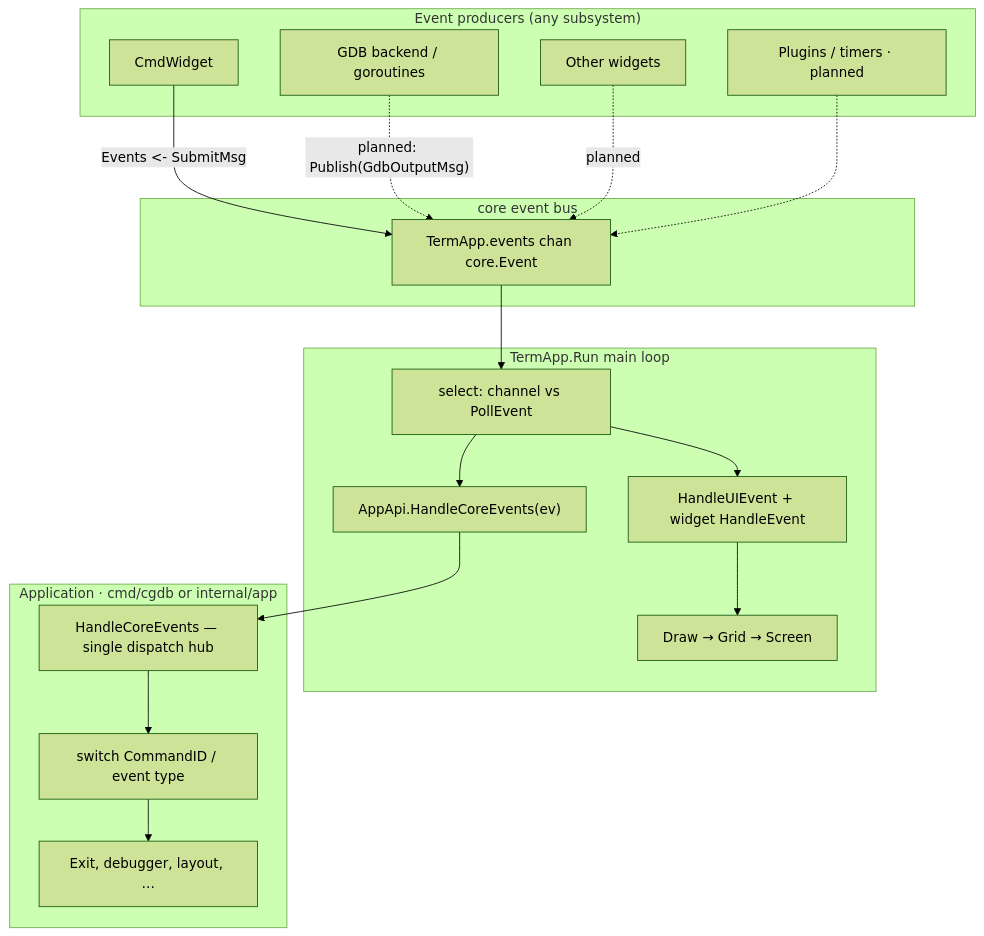
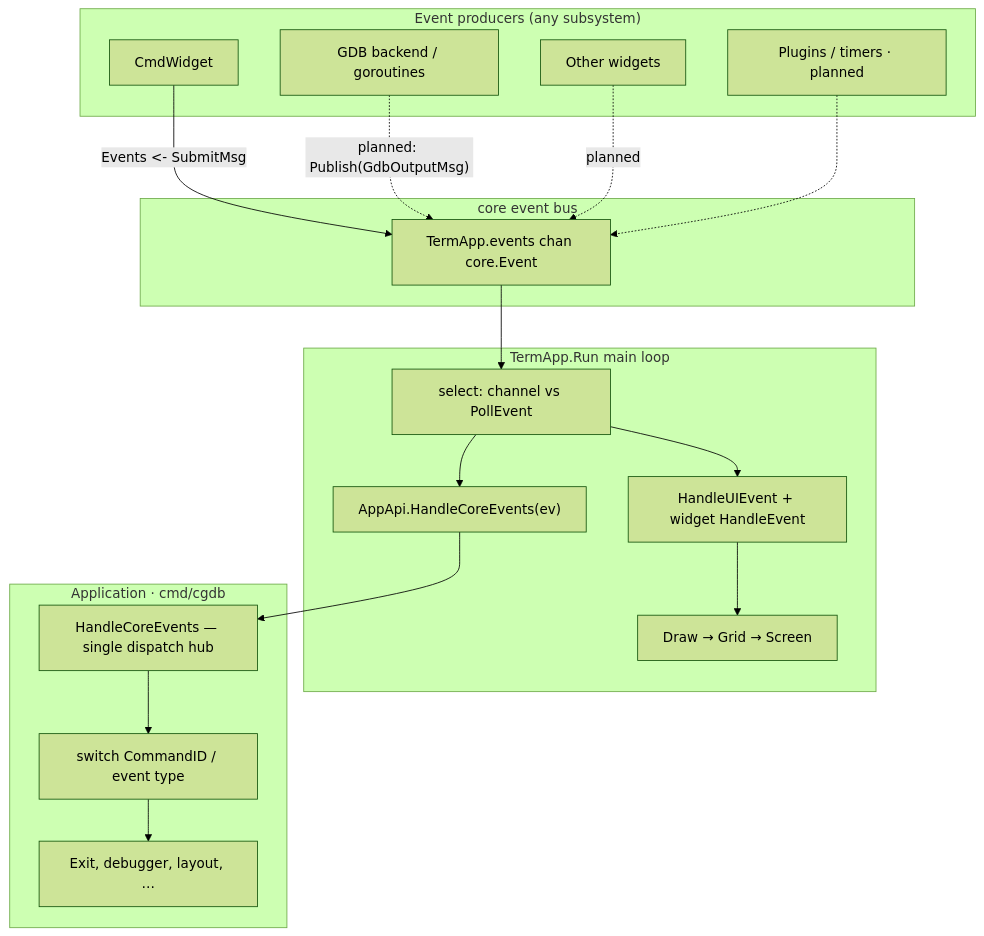
One commit to yairgd/gdbforge changed the diagram in docs/diagrams/event_bus.mermaid. Above: the diagram before and after it, drawn with Mermaid (forest theme). The commit also changed 23 other files, not shown here.

```diff
--- a/docs/diagrams/event_bus.mermaid
+++ b/docs/diagrams/event_bus.mermaid
@@ -1,35 +1,35 @@
 flowchart TB
     subgraph Producers["Event producers (any subsystem)"]
         CmdW["CmdWidget"]
         GDB["GDB backend / goroutines"]
         Widgets["Other widgets"]
         Future["Plugins / timers · planned"]
     end
 
     subgraph Bus["core event bus"]
         Chan["TermApp.events chan core.Event"]
     end
 
     subgraph Loop["TermApp.Run main loop"]
         Select["select: channel vs PollEvent"]
         CoreDispatch["AppApi.HandleCoreEvents(ev)"]
         TcellDispatch["HandleUIEvent + widget HandleEvent"]
         Draw["Draw → Grid → Screen"]
     end
 
-    subgraph App["Application · cmd/cgdb or internal/app"]
+    subgraph App["Application · cmd/cgdb"]
         Handler["HandleCoreEvents — single dispatch hub"]
         CmdSwitch["switch CommandID / event type"]
         Actions["Exit, debugger, layout, …"]
     end
 
     CmdW -->|"Events <- SubmitMsg"| Chan
     GDB -.->|"planned: Publish(GdbOutputMsg)"| Chan
     Widgets -.->|"planned"| Chan
     Future -.-> Chan
 
     Chan --> Select
     Select --> CoreDispatch
     CoreDispatch --> Handler --> CmdSwitch --> Actions
 
     Select --> TcellDispatch --> Draw
```
